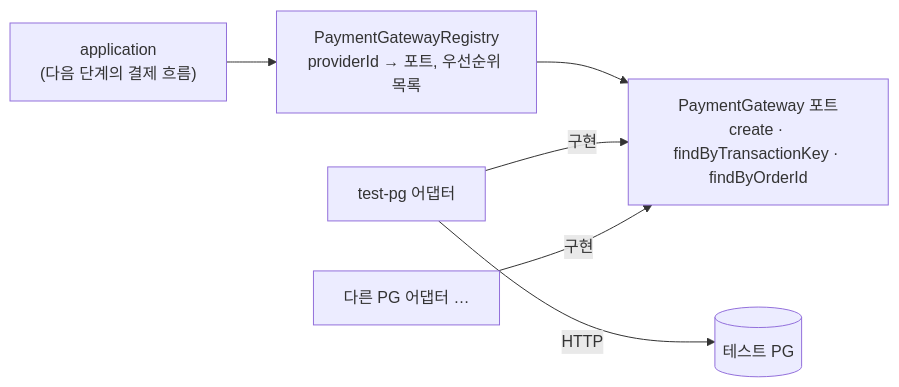
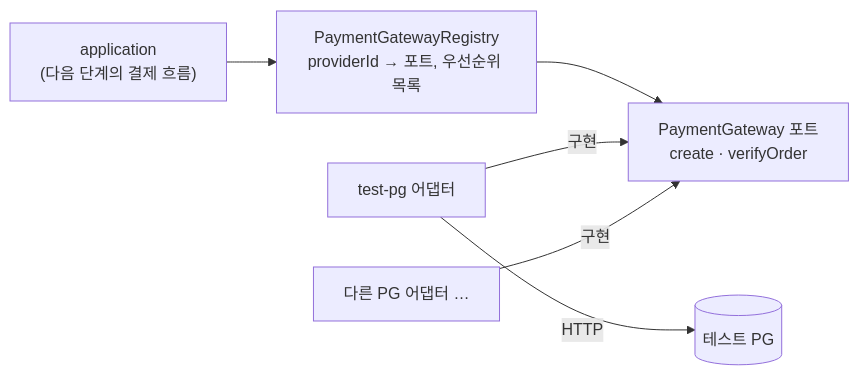
One commit to L2J4Dot/loop-pack-be-l2-vol5-java changed the fifth of 5 diagrams in docs/week5/commerce-payment.md. Above: the diagram before and after it, drawn with Mermaid. The commit also changed other lines of this file, not shown here.

````diff
--- a/docs/week5/commerce-payment.md
+++ b/docs/week5/commerce-payment.md
@@ -701,8 +701,8 @@
 ```mermaid
 flowchart LR
     App["application<br/>(다음 단계의 결제 흐름)"] --> Registry["PaymentGatewayRegistry<br/>providerId → 포트, 우선순위 목록"]
-    Registry --> Port["PaymentGateway 포트<br/>create · findByTransactionKey · findByOrderId"]
+    Registry --> Port["PaymentGateway 포트<br/>create · verifyOrder"]
     AdapterA["test-pg 어댑터"] -->|구현| Port
     AdapterN["다른 PG 어댑터 …"] -->|구현| Port
     AdapterA -->|HTTP| PG[(테스트 PG)]
 ```
````
